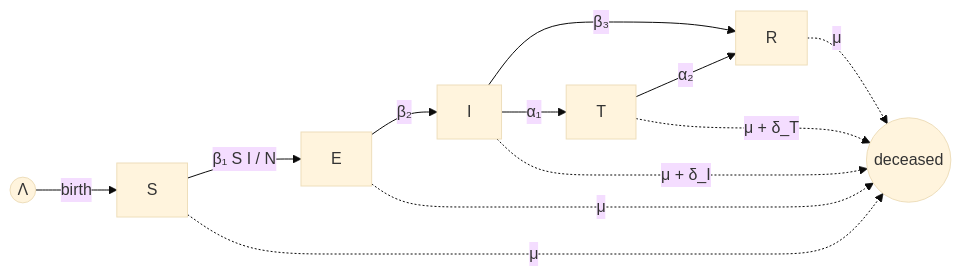
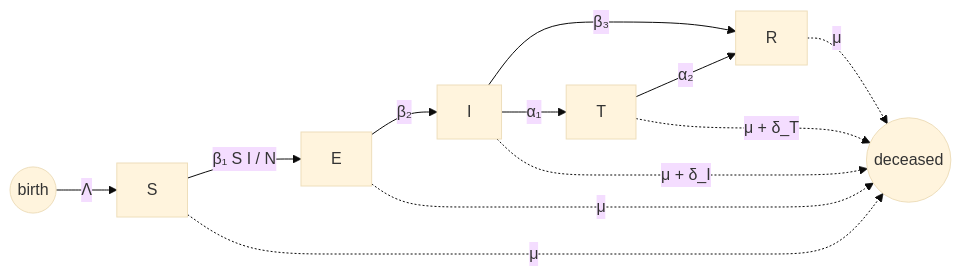
The diagram in Readme.md (skaraoglu/SEITRNet), drawn with Mermaid (base theme) before and after one commit.

````diff
--- a/Readme.md
+++ b/Readme.md
@@ -54,14 +54,14 @@
 ```mermaid
 flowchart LR
-    L((Λ)) -->|birth| S
+    L((birth)) -->|Λ| S
     S -->|β₁ S I / N| E
     E -->|β₂| I
     I -->|β₃| R
     I -->|α₁| T
     T -->|α₂| R
     S -.->|μ| X((deceased))
     E -.->|μ| X
     I -.->|μ + δ_I| X
     T -.->|μ + δ_T| X
     R -.->|μ| X
 ```
````
